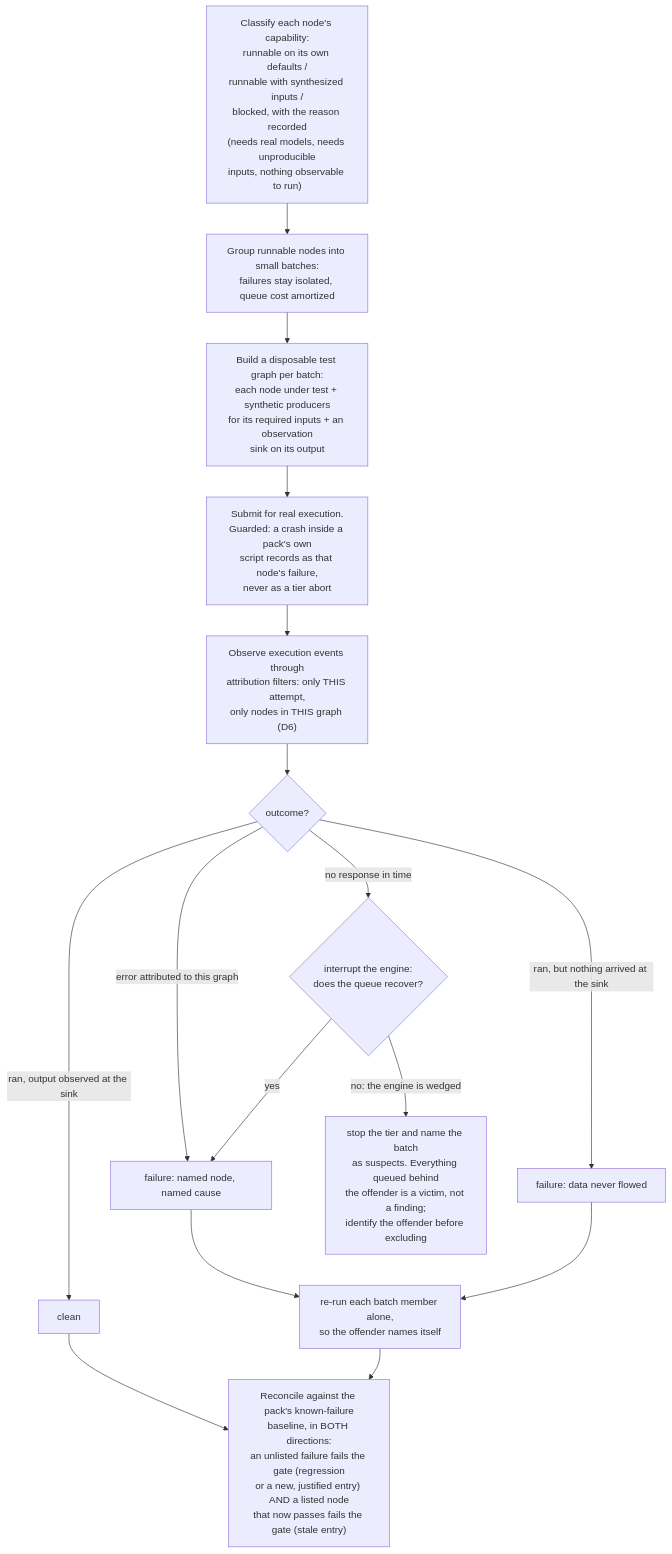
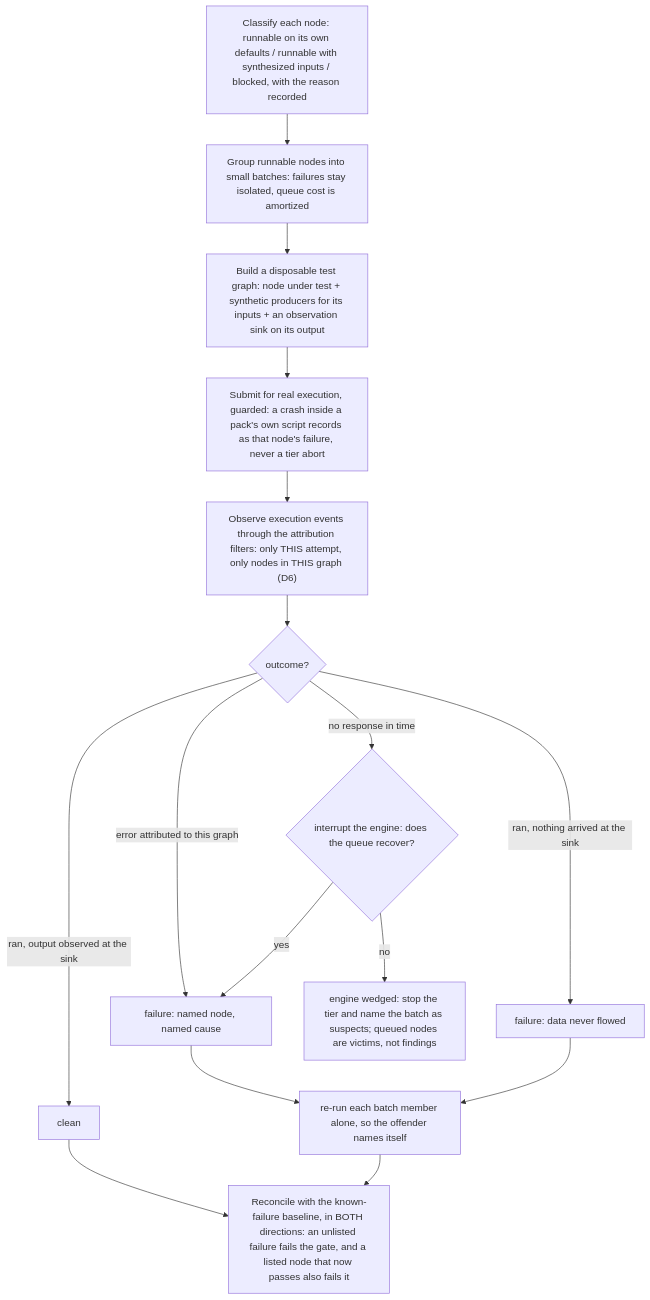
The fourth of 8 diagrams in browser_tests/tests/customNodes/ARCHITECTURE.md (Comfy-Org/ComfyUI_frontend), drawn with Mermaid before and after one commit. The commit also changed other lines of this file, not shown here.

First line of the commit message:
docs(custom-nodes): wide diagram boxes - strip forced line breaks from D1-D4

````diff
--- a/browser_tests/tests/customNodes/ARCHITECTURE.md
+++ b/browser_tests/tests/customNodes/ARCHITECTURE.md
@@ -220,19 +220,19 @@
 ```mermaid
 flowchart TD
-    CLASS["Classify each node's capability:<br/>runnable on its own defaults /<br/>runnable with synthesized inputs /<br/>blocked, with the reason recorded<br/>(needs real models, needs unproducible<br/>inputs, nothing observable to run)"]
-    CLASS --> BATCH["Group runnable nodes into small batches:<br/>failures stay isolated, queue cost amortized"]
-    BATCH --> BUILD["Build a disposable test graph per batch:<br/>each node under test + synthetic producers<br/>for its required inputs + an observation<br/>sink on its output"]
-    BUILD --> SUBMIT["Submit for real execution.<br/>Guarded: a crash inside a pack's own<br/>script records as that node's failure,<br/>never as a tier abort"]
-    SUBMIT --> OBSERVE["Observe execution events through<br/>attribution filters: only THIS attempt,<br/>only nodes in THIS graph (D6)"]
+    CLASS["Classify each node: runnable on its own defaults / runnable with synthesized inputs / blocked, with the reason recorded"]
+    CLASS --> BATCH["Group runnable nodes into small batches: failures stay isolated, queue cost is amortized"]
+    BATCH --> BUILD["Build a disposable test graph: node under test + synthetic producers for its inputs + an observation sink on its output"]
+    BUILD --> SUBMIT["Submit for real execution, guarded: a crash inside a pack's own script records as that node's failure, never a tier abort"]
+    SUBMIT --> OBSERVE["Observe execution events through the attribution filters: only THIS attempt, only nodes in THIS graph (D6)"]
     OBSERVE --> V{"outcome?"}
     V -->|"ran, output observed at the sink"| CLEAN["clean"]
-    V -->|"ran, but nothing arrived at the sink"| NOOUT["failure: data never flowed"]
+    V -->|"ran, nothing arrived at the sink"| NOOUT["failure: data never flowed"]
     V -->|"error attributed to this graph"| ERR["failure: named node, named cause"]
-    V -->|"no response in time"| INT{"interrupt the engine:<br/>does the queue recover?"}
+    V -->|"no response in time"| INT{"interrupt the engine: does the queue recover?"}
     INT -->|"yes"| ERR
-    INT -->|"no: the engine is wedged"| HUNG["stop the tier and name the batch<br/>as suspects. Everything queued behind<br/>the offender is a victim, not a finding;<br/>identify the offender before excluding"]
-    ERR --> BIS["re-run each batch member alone,<br/>so the offender names itself"]
+    INT -->|"no"| HUNG["engine wedged: stop the tier and name the batch as suspects; queued nodes are victims, not findings"]
+    ERR --> BIS["re-run each batch member alone, so the offender names itself"]
     NOOUT --> BIS
     CLEAN --> REC
-    BIS --> REC["Reconcile against the pack's known-failure<br/>baseline, in BOTH directions:<br/>an unlisted failure fails the gate (regression<br/>or a new, justified entry) AND a listed node<br/>that now passes fails the gate (stale entry)"]
+    BIS --> REC["Reconcile with the known-failure baseline, in BOTH directions: an unlisted failure fails the gate, and a listed node that now passes also fails it"]
 ```
````
